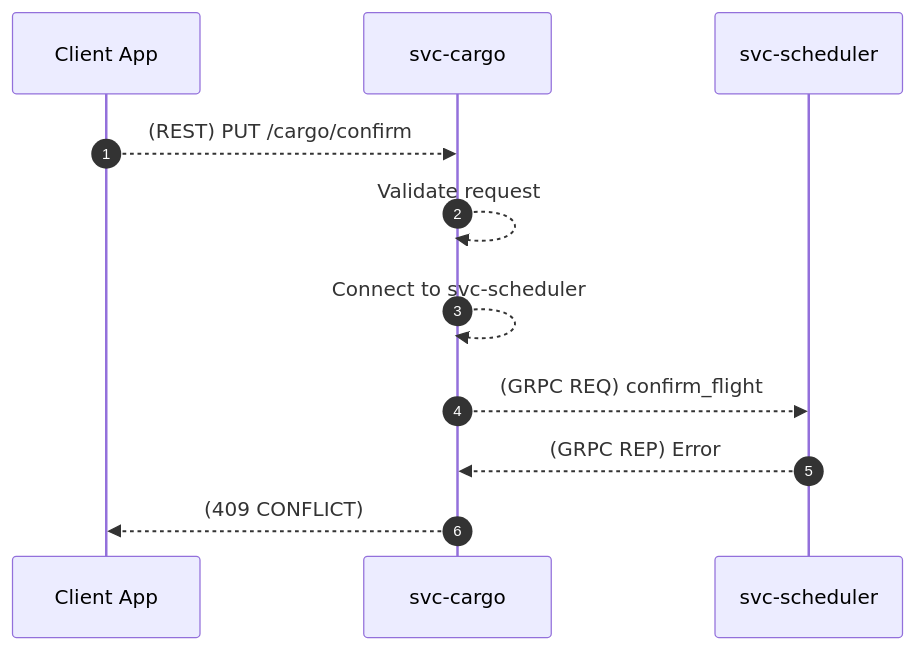
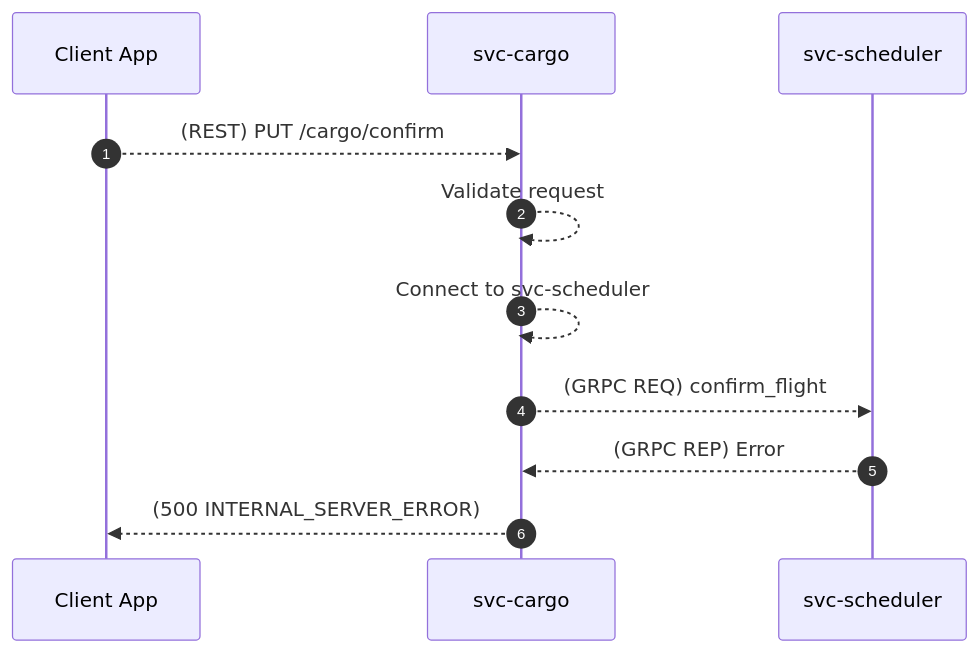
One commit to aetheric-oss/svc-cargo changed diagram 12 of 16 in docs/sdd.md. Above: the diagram before and after it, drawn with Mermaid. The commit also changed other lines of this file and 7 other files, not shown here.

````diff
--- a/docs/sdd.md
+++ b/docs/sdd.md
@@ -293,13 +293,13 @@
 ```mermaid
 sequenceDiagram
     autonumber
     participant client as Client App
     participant cargo as svc-cargo
     participant scheduler as svc-scheduler
     client-->>cargo: (REST) PUT /cargo/confirm
     cargo-->>cargo: Validate request
     cargo-->>cargo: Connect to svc-scheduler
     cargo-->>scheduler: (GRPC REQ) confirm_flight
     scheduler-->>cargo: (GRPC REP) Error
-    cargo-->>client: (409 CONFLICT)
+    cargo-->>client: (500 INTERNAL_SERVER_ERROR)
 ```
````
